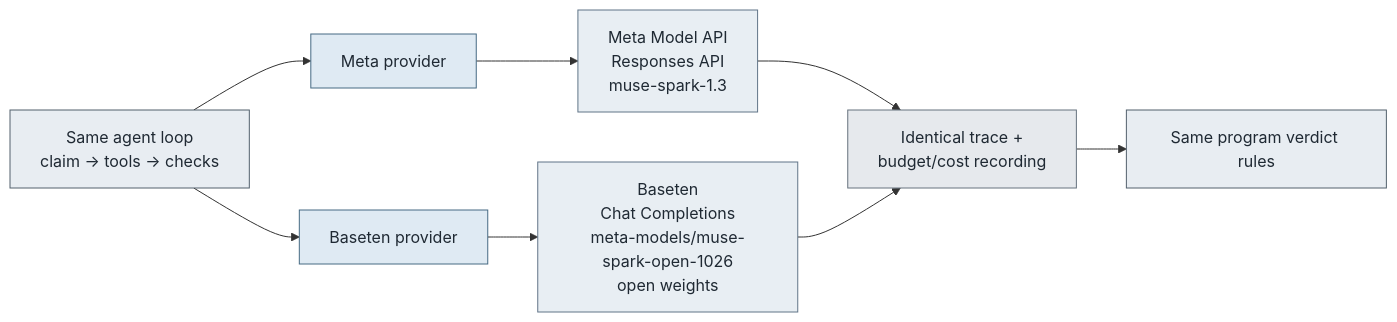
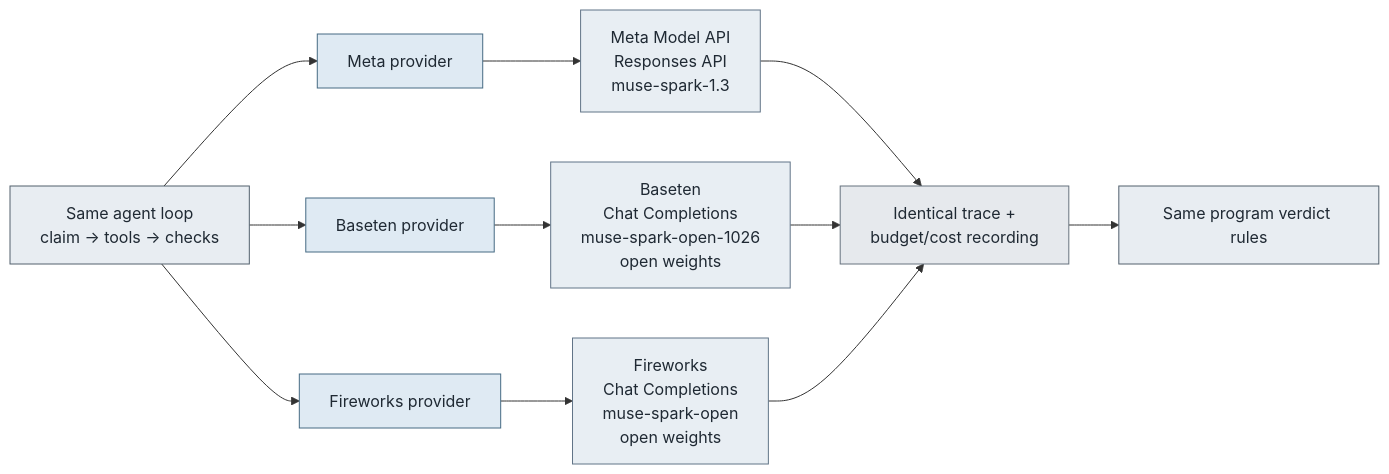
One commit to YanlongLai/market-claim-verifier changed the third of 4 diagrams in README.md. Above: the diagram before and after it, drawn with Mermaid. The commit also changed other lines of this file and 14 other files, not shown here.

````diff
--- a/README.md
+++ b/README.md
@@ -143,19 +161,22 @@
 ```mermaid
 flowchart LR
     A["Same agent loop<br/>claim → tools → checks"] --> M["Meta provider"]
     A --> B["Baseten provider"]
+    A --> F["Fireworks provider"]
     M --> MR["Meta Model API<br/>Responses API<br/>muse-spark-1.3"]
-    B --> BR["Baseten<br/>Chat Completions<br/>meta-models/muse-spark-open-1026<br/>open weights"]
+    B --> BR["Baseten<br/>Chat Completions<br/>muse-spark-open-1026<br/>open weights"]
+    F --> FR["Fireworks<br/>Chat Completions<br/>muse-spark-open<br/>open weights"]
     MR --> T["Identical trace +<br/>budget/cost recording"]
     BR --> T
+    FR --> T
     T --> V["Same program verdict rules"]
 
     classDef loop fill:#e8edf2,stroke:#52606d,color:#1f2933;
     classDef provider fill:#dfeaf3,stroke:#466a83,color:#1f2933;
     classDef api fill:#e8eef3,stroke:#617487,color:#1f2933;
     classDef audit fill:#e6e9ed,stroke:#66727e,color:#1f2933;
     class A,V loop;
-    class M,B provider;
-    class MR,BR api;
+    class M,B,F provider;
+    class MR,BR,FR api;
     class T audit;
 ```
````
